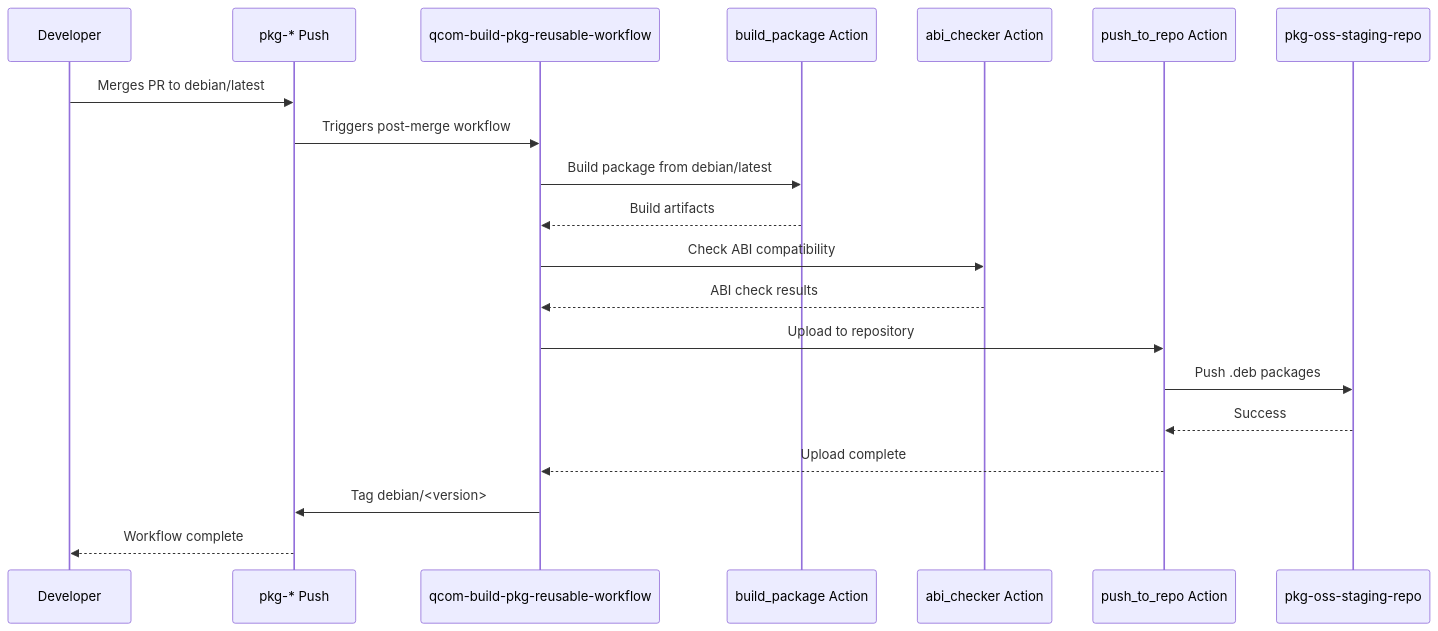
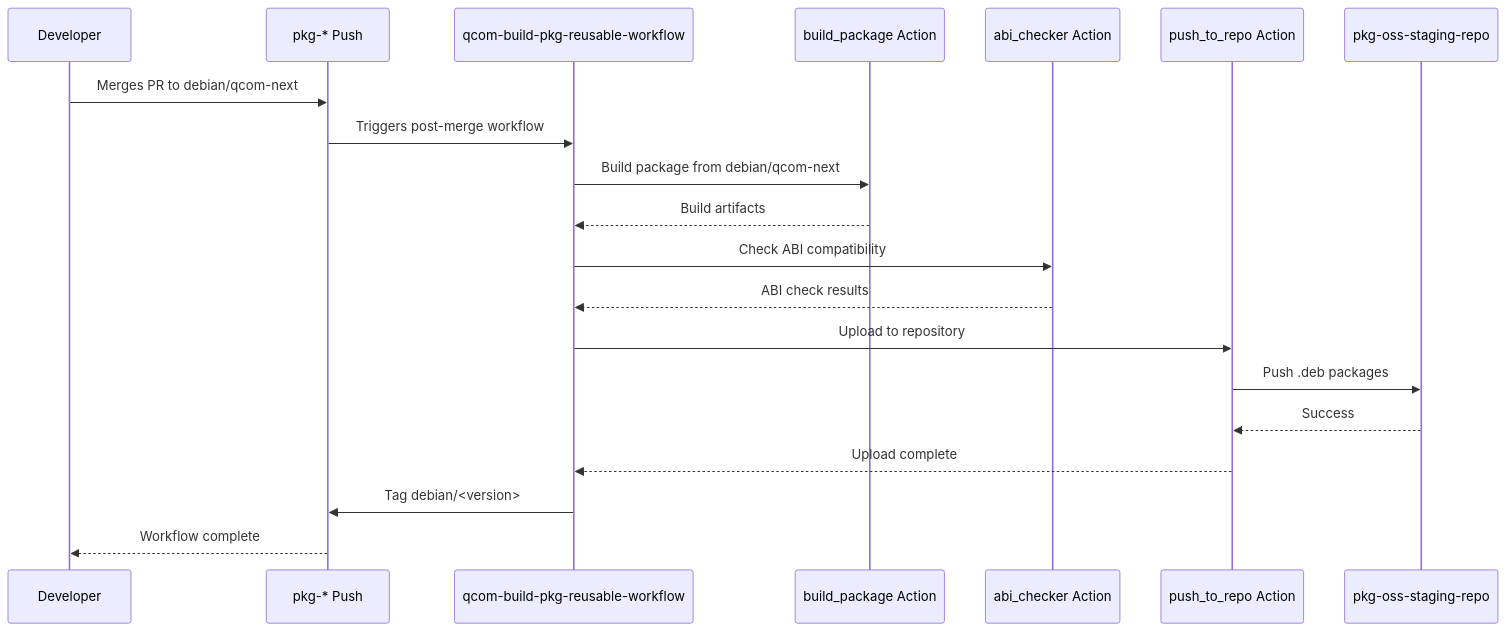
One commit to vemana1niranjan/qcom-build-utils changed the fourth of 7 diagrams in docs/workflow-architecture.md. Above: the diagram before and after it, drawn with Mermaid. The commit also changed other lines of this file and 6 other files, not shown here.

Commit message:
Update references from debian/latest to debian/qcom-next in workflows and documentation

````diff
--- a/docs/workflow-architecture.md
+++ b/docs/workflow-architecture.md
@@ -237,23 +237,23 @@
 ```mermaid
 sequenceDiagram
     participant Dev as Developer
     participant PM as pkg-* Push
     participant RW as qcom-build-pkg-reusable-workflow
     participant Build as build_package Action
     participant ABI as abi_checker Action
     participant Push as push_to_repo Action
     participant Repo as pkg-oss-staging-repo
     
-    Dev->>PM: Merges PR to debian/latest
+    Dev->>PM: Merges PR to debian/qcom-next
     PM->>RW: Triggers post-merge workflow
-    RW->>Build: Build package from debian/latest
+    RW->>Build: Build package from debian/qcom-next
     Build-->>RW: Build artifacts
     RW->>ABI: Check ABI compatibility
     ABI-->>RW: ABI check results
     RW->>Push: Upload to repository
     Push->>Repo: Push .deb packages
     Repo-->>Push: Success
     Push-->>RW: Upload complete
     RW->>PM: Tag debian/<version>
     PM-->>Dev: Workflow complete
 ```
````
